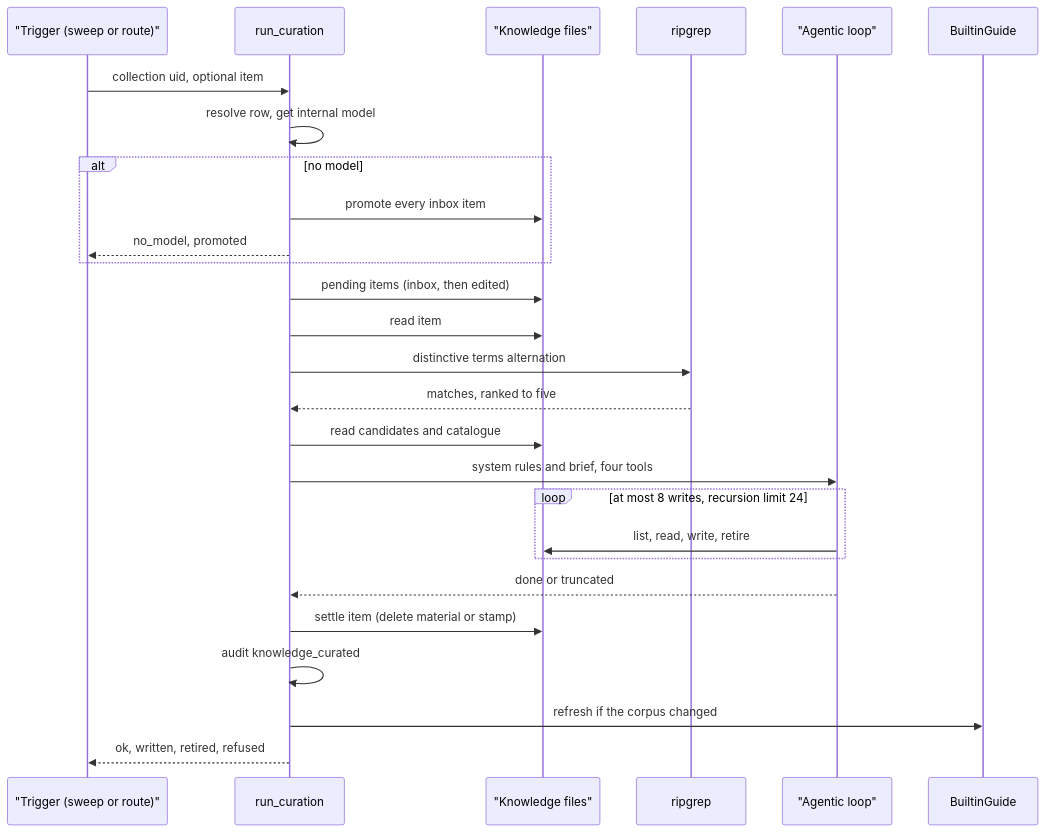
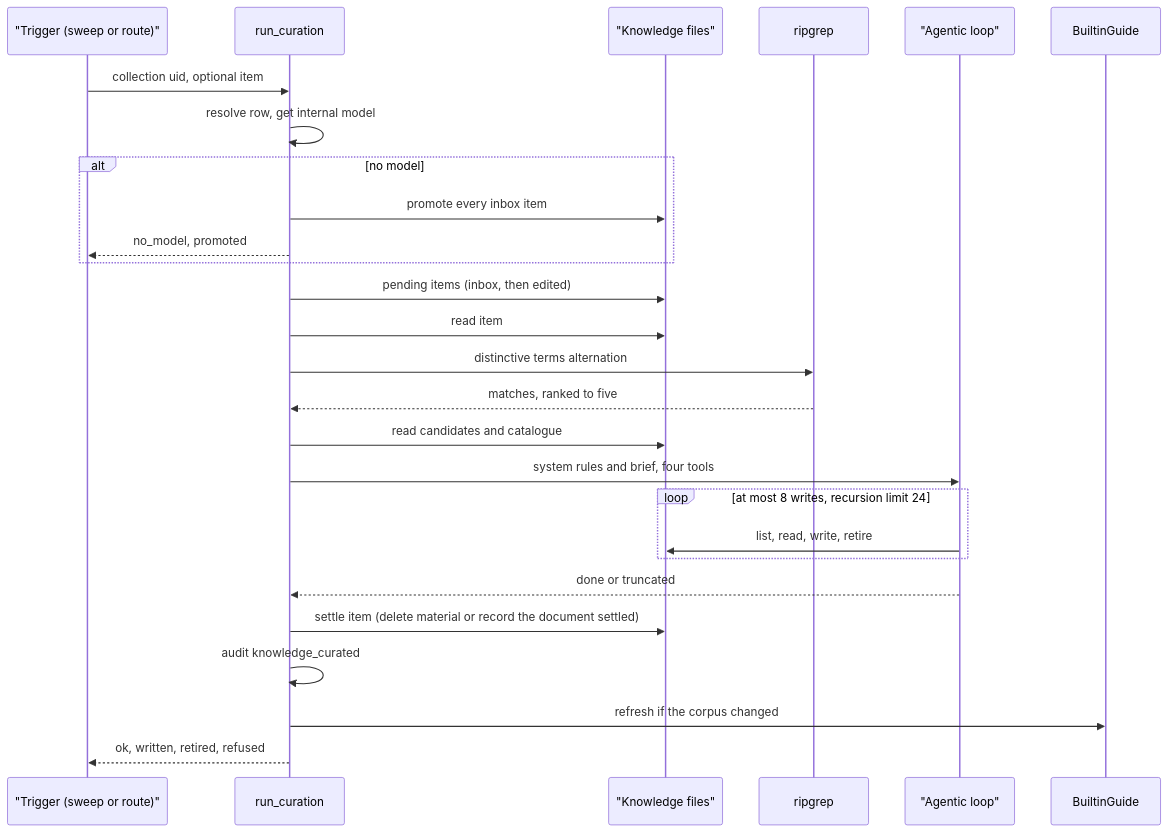
Before and after one commit to wyx-sg/Coffer: the second of 3 diagrams in docs-site/architecture/knowledge.md, drawn with Mermaid. The commit also changed other lines of this file and 88 other files, not shown here.

````diff
--- a/docs-site/architecture/knowledge.md
+++ b/docs-site/architecture/knowledge.md
@@ -211,29 +209,29 @@
 ```mermaid
 sequenceDiagram
   participant T as "Trigger (sweep or route)"
   participant P as run_curation
   participant FS as "Knowledge files"
   participant RG as ripgrep
   participant L as "Agentic loop"
   participant G as BuiltinGuide
   T->>P: collection uid, optional item
   P->>P: resolve row, get internal model
   alt no model
     P->>FS: promote every inbox item
     P-->>T: no_model, promoted
   end
   P->>FS: pending items (inbox, then edited)
   P->>FS: read item
   P->>RG: distinctive terms alternation
   RG-->>P: matches, ranked to five
   P->>FS: read candidates and catalogue
   P->>L: system rules and brief, four tools
   loop at most 8 writes, recursion limit 24
     L->>FS: list, read, write, retire
   end
   L-->>P: done or truncated
-  P->>FS: settle item (delete material or stamp)
+  P->>FS: settle item (delete material or record the document settled)
   P->>P: audit knowledge_curated
   P->>G: refresh if the corpus changed
   P-->>T: ok, written, retired, refused
 ```
````
